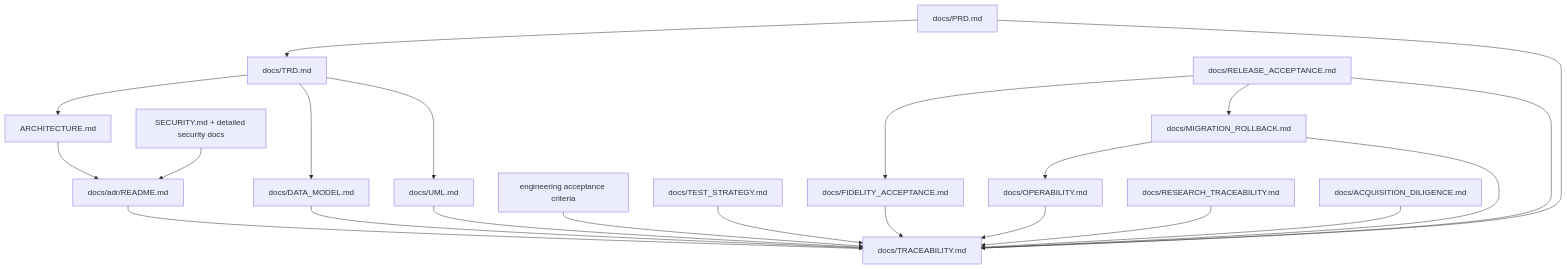
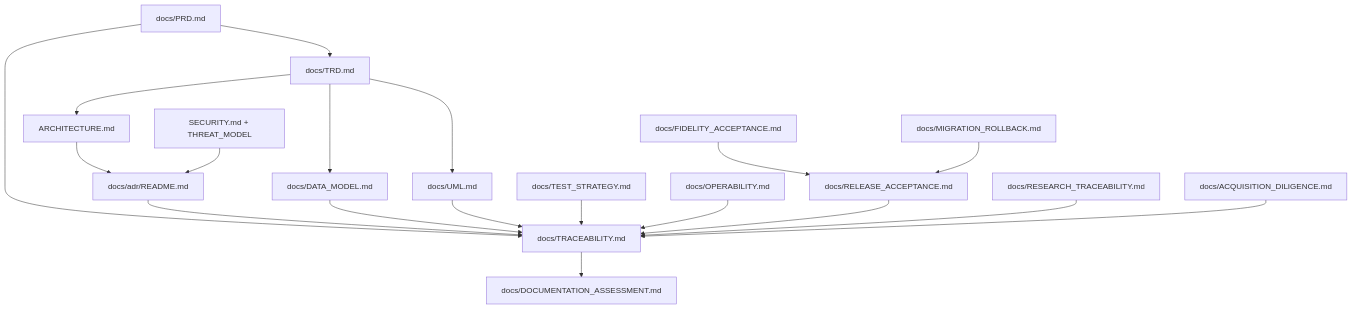
The diagram in docs/TRACEABILITY.md (ContextualWisdomLab/clearfolio), drawn with Mermaid before and after one commit. The commit also changed other lines of this file, not shown here.

Commit message:
docs: align live traceability with protected main and replacements

````diff
--- a/docs/TRACEABILITY.md
+++ b/docs/TRACEABILITY.md
@@ -109,24 +150,21 @@
 ```mermaid
 flowchart TD
     PRD[docs/PRD.md] --> TRD[docs/TRD.md]
-    PRD --> Trace[docs/TRACEABILITY.md]
-    TRD --> Arch[ARCHITECTURE.md]
-    TRD --> Data[docs/DATA_MODEL.md]
+    PRD --> TRACE[docs/TRACEABILITY.md]
+    TRD --> ARCH[ARCHITECTURE.md]
+    TRD --> DATA[docs/DATA_MODEL.md]
     TRD --> UML[docs/UML.md]
-    Arch --> ADR[docs/adr/README.md]
-    ADR --> Trace
-    Data --> Trace
-    UML --> Trace
-    Security[SECURITY.md + detailed security docs] --> ADR
-    Acceptance[engineering acceptance criteria] --> Trace
-    Test[docs/TEST_STRATEGY.md] --> Trace
-    Ops[docs/OPERABILITY.md] --> Trace
-    Fidelity[docs/FIDELITY_ACCEPTANCE.md] --> Trace
-    Migration[docs/MIGRATION_ROLLBACK.md] --> Ops
-    Migration --> Trace
-    Release[docs/RELEASE_ACCEPTANCE.md] --> Fidelity
-    Release --> Migration
-    Release --> Trace
-    Research[docs/RESEARCH_TRACEABILITY.md] --> Trace
-    Acquisition[docs/ACQUISITION_DILIGENCE.md] --> Trace
+    ARCH --> ADR[docs/adr/README.md]
+    ADR --> TRACE
+    DATA --> TRACE
+    UML --> TRACE
+    SEC[SECURITY.md + THREAT_MODEL] --> ADR
+    TEST[docs/TEST_STRATEGY.md] --> TRACE
+    OPS[docs/OPERABILITY.md] --> TRACE
+    FID[docs/FIDELITY_ACCEPTANCE.md] --> REL[docs/RELEASE_ACCEPTANCE.md]
+    MIG[docs/MIGRATION_ROLLBACK.md] --> REL
+    REL --> TRACE
+    RES[docs/RESEARCH_TRACEABILITY.md] --> TRACE
+    ACQ[docs/ACQUISITION_DILIGENCE.md] --> TRACE
+    TRACE --> ASSESS[docs/DOCUMENTATION_ASSESSMENT.md]
 ```
````
